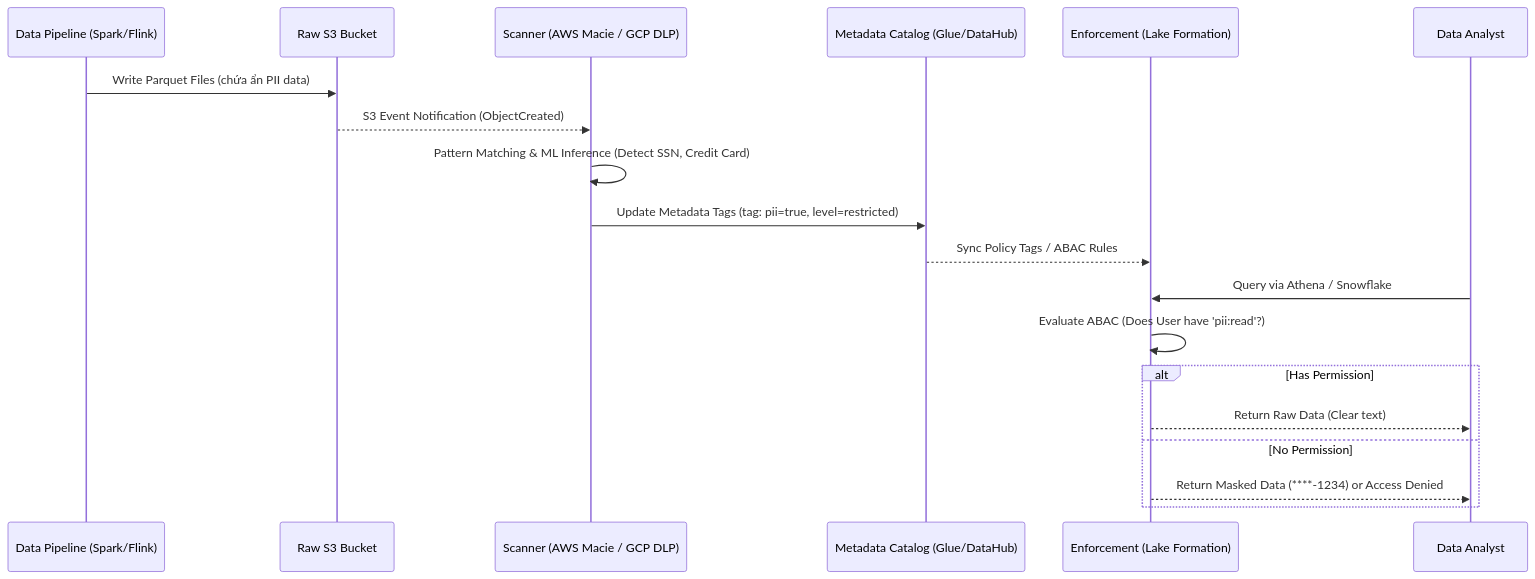
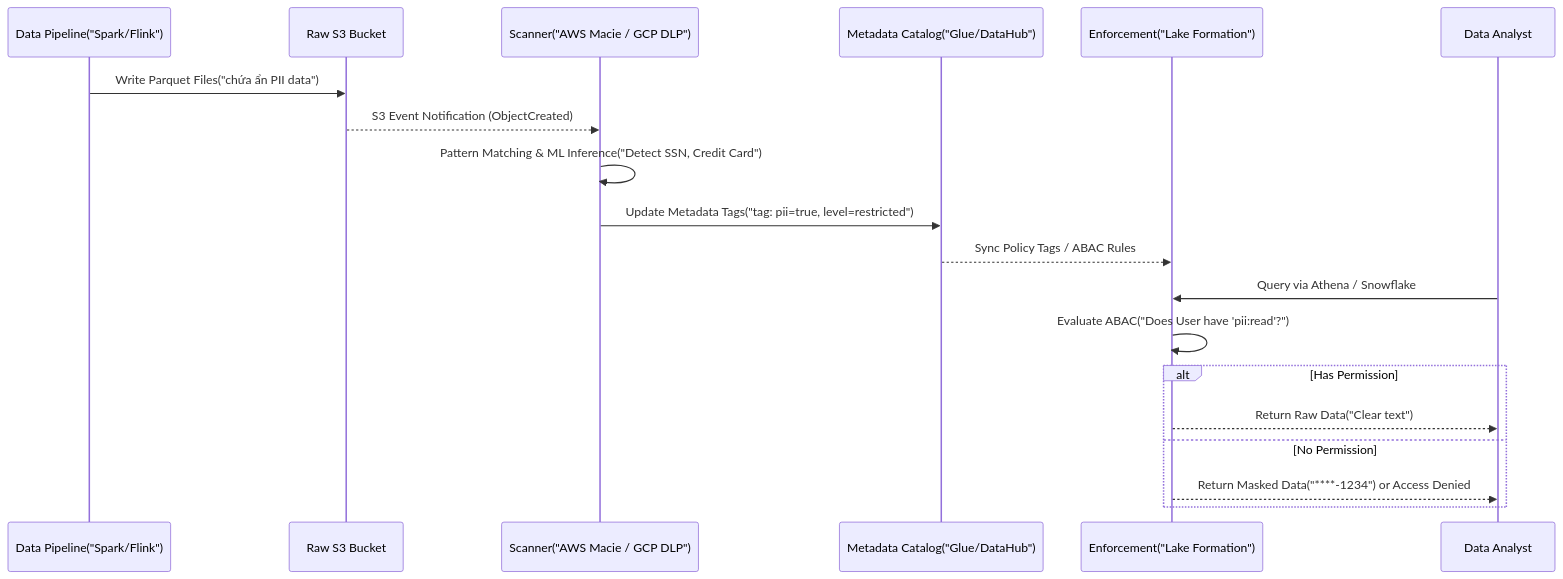
One commit to kythuatdulieu/kythuatdulieu.github.io changed the diagram in src/content/docs/concepts/8-security-governance-finops/data-classification.md. Above: the diagram before and after it, drawn with Mermaid. The commit also changed other lines of this file and 190 other files, not shown here.

Commit message:
fix: resolve mermaid syntax, math rendering, and metadata issues from content rewrite

````diff
--- a/src/content/docs/concepts/8-security-governance-finops/data-classification.md
+++ b/src/content/docs/concepts/8-security-governance-finops/data-classification.md
@@ -27,22 +27,22 @@
 ```mermaid
 sequenceDiagram
-    participant P as Data Pipeline (Spark/Flink)
+    participant P as Data Pipeline("Spark/Flink")
     participant S3 as Raw S3 Bucket
-    participant M as Scanner (AWS Macie / GCP DLP)
-    participant C as Metadata Catalog (Glue/DataHub)
-    participant L as Enforcement (Lake Formation)
+    participant M as Scanner("AWS Macie / GCP DLP")
+    participant C as Metadata Catalog("Glue/DataHub")
+    participant L as Enforcement("Lake Formation")
     participant U as Data Analyst
     
-    P->>S3: Write Parquet Files (chứa ẩn PII data)
+    P->>S3: Write Parquet Files("chứa ẩn PII data")
     S3-->>M: S3 Event Notification (ObjectCreated)
-    M->>M: Pattern Matching & ML Inference (Detect SSN, Credit Card)
-    M->>C: Update Metadata Tags (tag: pii=true, level=restricted)
+    M->>M: Pattern Matching & ML Inference("Detect SSN, Credit Card")
+    M->>C: Update Metadata Tags("tag: pii=true, level=restricted")
     C-->>L: Sync Policy Tags / ABAC Rules
     U->>L: Query via Athena / Snowflake
-    L->>L: Evaluate ABAC (Does User have 'pii:read'?)
+    L->>L: Evaluate ABAC("Does User have 'pii:read'?")
     alt Has Permission
-        L-->>U: Return Raw Data (Clear text)
+        L-->>U: Return Raw Data("Clear text")
     else No Permission
-        L-->>U: Return Masked Data (****-1234) or Access Denied
+        L-->>U: Return Masked Data("****-1234") or Access Denied
     end
 ```
````
